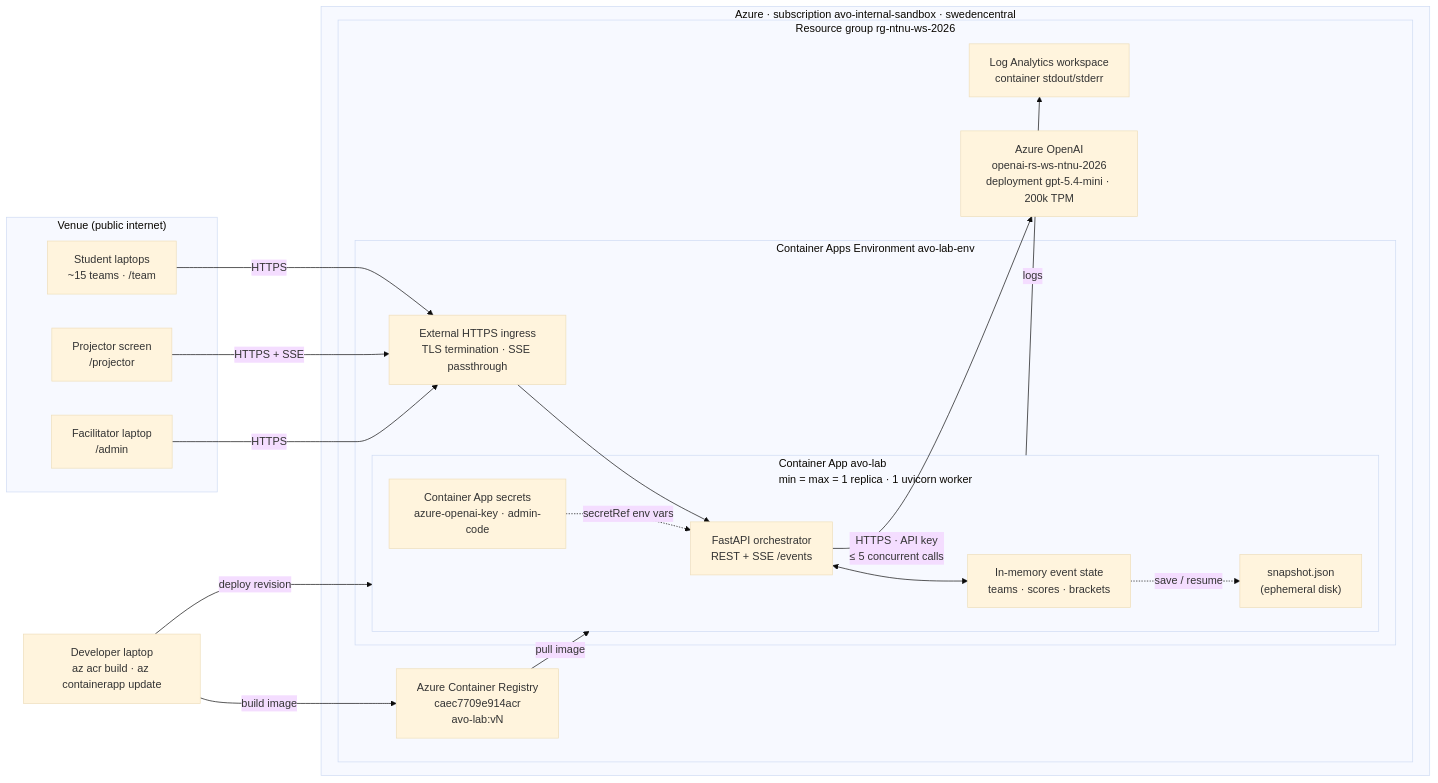
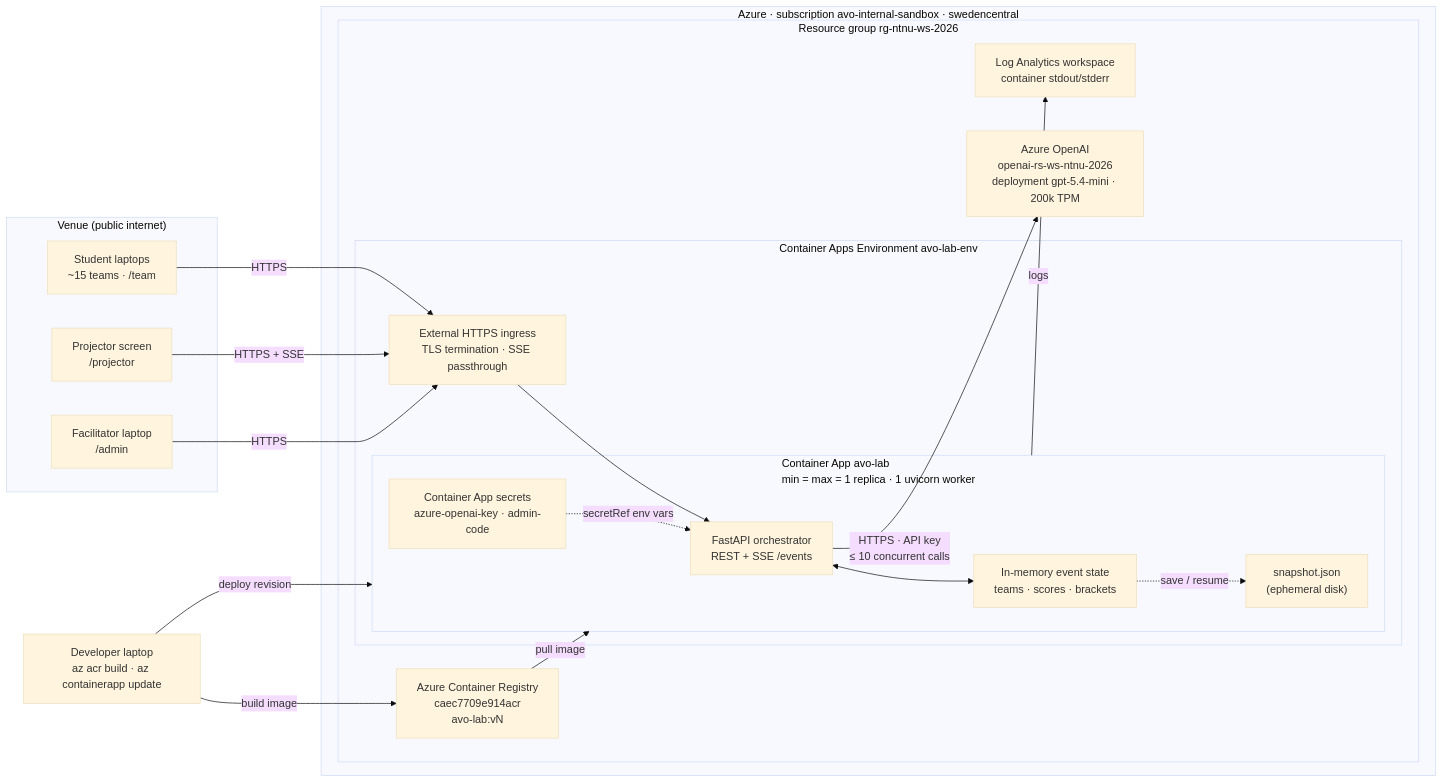
One commit to avo-even/Agentbattle changed the diagram in DEPLOY.md. Above: the diagram before and after it, drawn with Mermaid (base theme). The commit also changed other lines of this file and 4 other files, not shown here.

````diff
--- a/DEPLOY.md
+++ b/DEPLOY.md
@@ -40,40 +40,40 @@
 ```mermaid
 flowchart LR
     subgraph Venue["Venue (public internet)"]
         Students["Student laptops<br/>~15 teams · /team"]
         Projector["Projector screen<br/>/projector"]
         Facilitator["Facilitator laptop<br/>/admin"]
     end
 
     Dev["Developer laptop<br/>az acr build · az containerapp update"]
 
     subgraph Azure["Azure · subscription avo-internal-sandbox · swedencentral"]
         subgraph RG["Resource group rg-ntnu-ws-2026"]
             subgraph CAE["Container Apps Environment avo-lab-env"]
                 Ingress["External HTTPS ingress<br/>TLS termination · SSE passthrough"]
                 subgraph App["Container App avo-lab<br/>min = max = 1 replica · 1 uvicorn worker"]
                     API["FastAPI orchestrator<br/>REST + SSE /events"]
                     State["In-memory event state<br/>teams · scores · brackets"]
                     Snap["snapshot.json<br/>(ephemeral disk)"]
                     Secrets["Container App secrets<br/>azure-openai-key · admin-code"]
                 end
             end
             ACR["Azure Container Registry<br/>caec7709e914acr<br/>avo-lab:vN"]
             AOAI["Azure OpenAI<br/>openai-rs-ws-ntnu-2026<br/>deployment gpt-5.4-mini · 200k TPM"]
             LAW["Log Analytics workspace<br/>container stdout/stderr"]
         end
     end
 
     Students -->|HTTPS| Ingress
     Projector -->|HTTPS + SSE| Ingress
     Facilitator -->|HTTPS| Ingress
     Ingress --> API
     API <--> State
     State -.->|save / resume| Snap
     Secrets -.->|secretRef env vars| API
-    API -->|"HTTPS · API key<br/>≤ 5 concurrent calls"| AOAI
+    API -->|"HTTPS · API key<br/>≤ 10 concurrent calls"| AOAI
     ACR -->|pull image| App
     App -->|logs| LAW
     Dev -->|build image| ACR
     Dev -->|deploy revision| App
 ```
````
